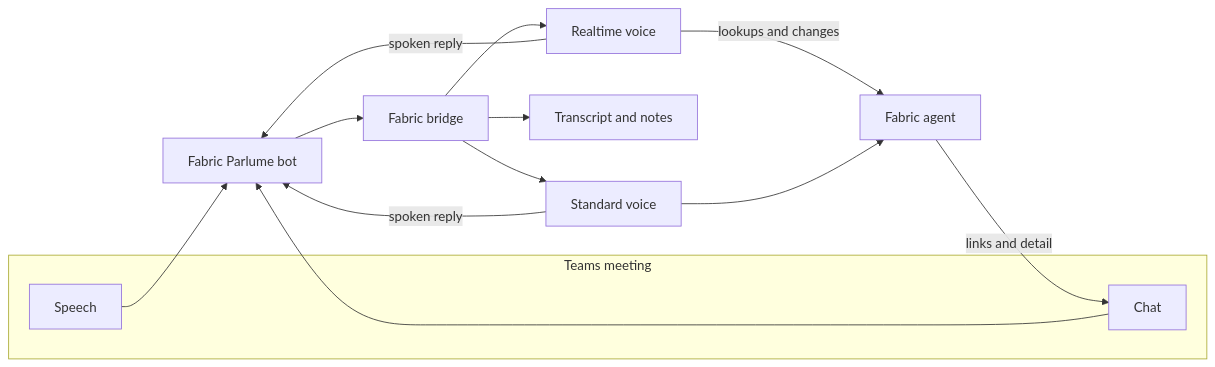
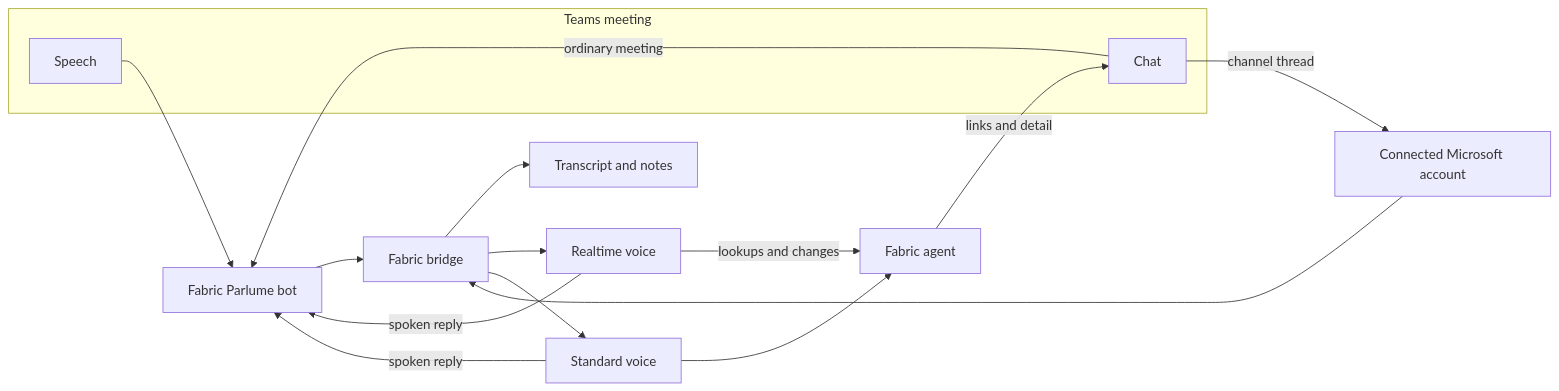
Before and after one commit to Fabric-Pro/fabric-oss: the first of 3 diagrams in apps/web/content/docs/features/parlume-meetings.mdx, drawn with Mermaid. The commit also changed other lines of this file and 486 other files, not shown here.

````diff
--- a/apps/web/content/docs/features/parlume-meetings.mdx
+++ b/apps/web/content/docs/features/parlume-meetings.mdx
@@ -18,18 +18,20 @@
 ```mermaid
 flowchart LR
     subgraph Meeting["Teams meeting"]
         SP["Speech"]
         CH["Chat"]
     end
     SP --> BOT["Fabric Parlume bot"]
-    CH --> BOT
+    CH -->|"ordinary meeting"| BOT
+    CH -->|"channel thread"| MS["Connected Microsoft account"]
+    MS --> BR
     BOT --> BR["Fabric bridge"]
     BR --> TX["Transcript and notes"]
     BR --> RV["Realtime voice"]
     BR --> SV["Standard voice"]
     RV -->|"lookups and changes"| AG["Fabric agent"]
     SV --> AG
     RV -->|"spoken reply"| BOT
     SV -->|"spoken reply"| BOT
     AG -->|"links and detail"| CH
 ```
````
